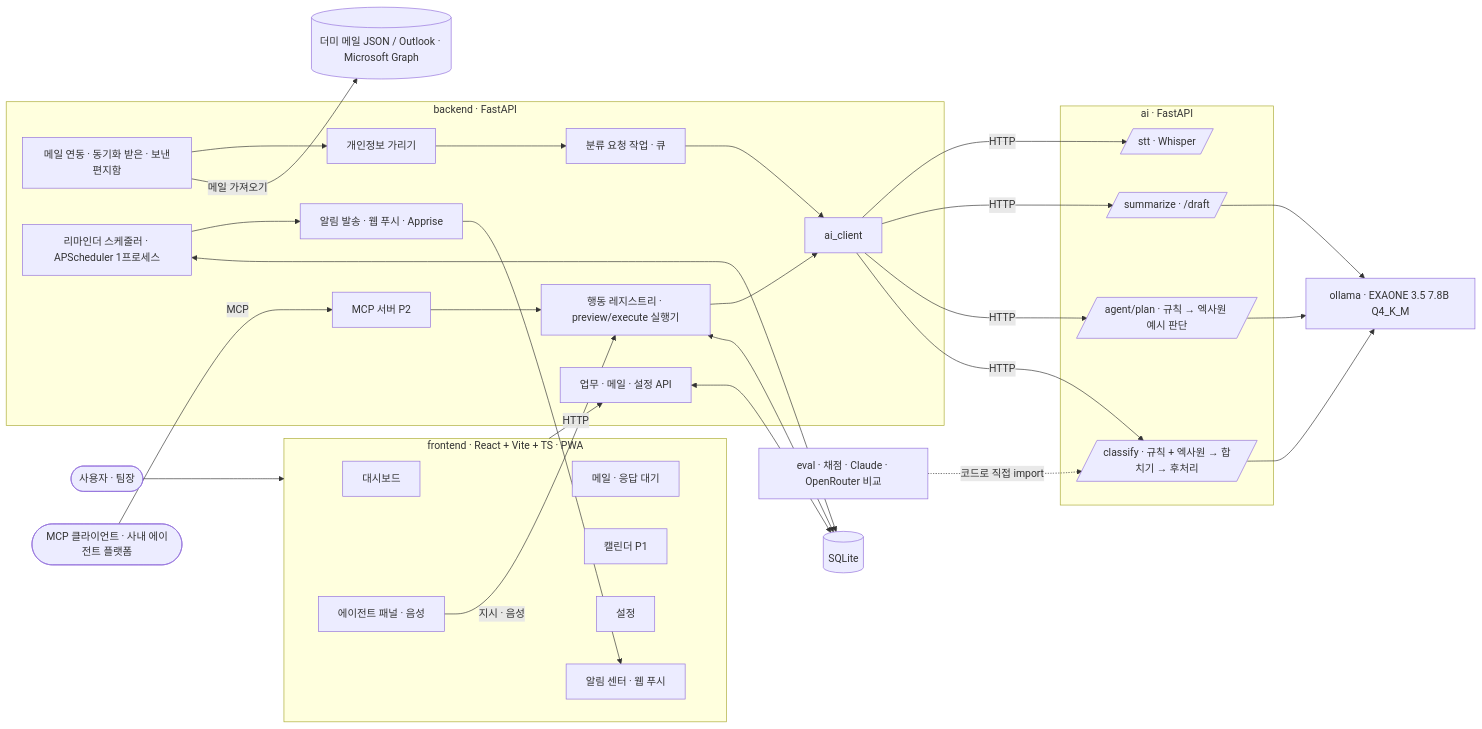
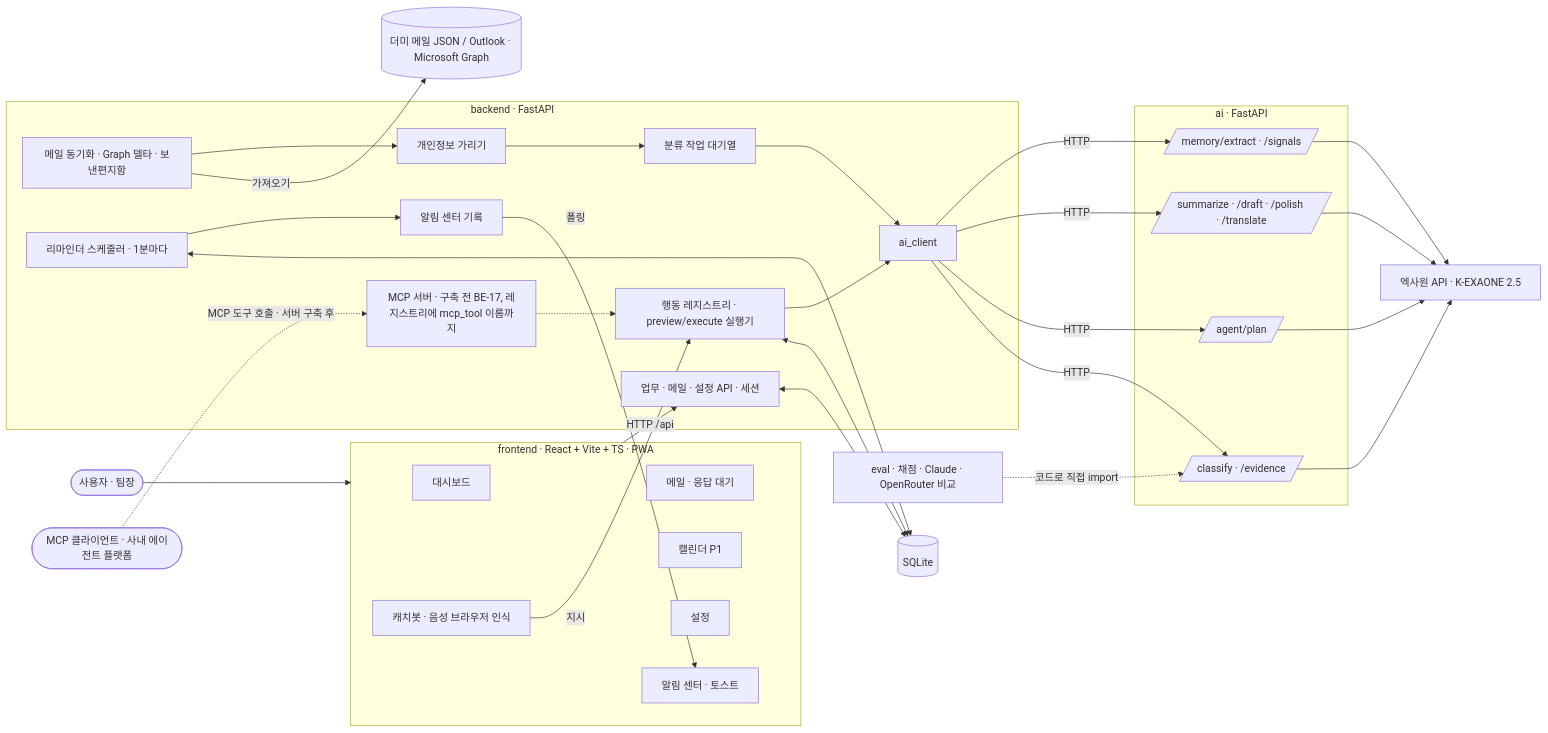
Before and after one commit to dlwodns/Teamproject_6: the first of 5 diagrams in docs/00_common/architecture.md, drawn with Mermaid. The commit also changed other lines of this file and 81 other files, not shown here.

First line of the commit message:
docs: #324 문서 · 구조도 · 주석 11-27 기준 최신화

````diff
--- a/docs/00_common/architecture.md
+++ b/docs/00_common/architecture.md
@@ -48,54 +65,55 @@
 ```mermaid
 flowchart LR
   U([사용자 · 팀장])
   MC([MCP 클라이언트 · 사내 에이전트 플랫폼])
   subgraph FE[frontend · React + Vite + TS · PWA]
     F1[대시보드]
     F2[메일 · 응답 대기]
     F3[캘린더 P1]
     F4[설정]
-    F5[에이전트 패널 · 음성]
-    F6[알림 센터 · 웹 푸시]
+    F5[캐치봇 · 음성 브라우저 인식]
+    F6[알림 센터 · 토스트]
   end
   subgraph BE[backend · FastAPI]
-    B1[업무 · 메일 · 설정 API]
-    B2[메일 연동 · 동기화 받은 · 보낸편지함]
+    B1[업무 · 메일 · 설정 API · 세션]
+    B2[메일 동기화 · Graph 델타 · 보낸편지함]
     B3[개인정보 가리기]
-    B4[분류 요청 작업 · 큐]
+    B4[분류 작업 대기열]
     B5[행동 레지스트리 · preview/execute 실행기]
-    B7[리마인더 스케줄러 · APScheduler 1프로세스]
-    B8[알림 발송 · 웹 푸시 · Apprise]
-    B9[MCP 서버 P2]
+    B7[리마인더 스케줄러 · 1분마다]
+    B8[알림 센터 기록]
+    B9[MCP 서버 · 구축 전 BE-17, 레지스트리에 mcp_tool 이름까지]
     B6[ai_client]
   end
   DB[(SQLite)]
   subgraph AI[ai · FastAPI]
-    A1[/classify · 규칙 + 엑사원 → 합치기 → 후처리/]
-    A2[/agent/plan · 규칙 → 엑사원 예시 판단/]
-    A4[/summarize · /draft/]
-    A3[/stt · Whisper/]
+    A1[/classify · /evidence/]
+    A2[/agent/plan/]
+    A4[/summarize · /draft · /polish · /translate/]
+    A5[/memory/extract · /signals/]
   end
-  OL[ollama · EXAONE 3.5 7.8B Q4_K_M]
+  OL[엑사원 API · K-EXAONE 2.5]
   MAIL[(더미 메일 JSON / Outlook · Microsoft Graph)]
   EVAL[eval · 채점 · Claude · OpenRouter 비교]
 
   U --> FE
-  FE -- HTTP --> B1
-  F5 -- 지시 · 음성 --> B5
-  MC -- MCP --> B9 --> B5
+  FE -- HTTP /api --> B1
+  F5 -- 지시 --> B5
+  MC -. MCP 도구 호출 · 서버 구축 후 .-> B9 -.-> B5
   B1 <--> DB
   B5 <--> DB
   B7 <--> DB
-  B7 --> B8 --> F6
-  B2 -- 메일 가져오기 --> MAIL
+  B7 --> B8 -- 폴링 --> F6
+  B2 -- 가져오기 --> MAIL
   B2 --> B3 --> B4 --> B6
   B5 --> B6
   B6 -- HTTP --> A1
   B6 -- HTTP --> A2
   B6 -- HTTP --> A4
-  B6 -- HTTP --> A3
+  B6 -- HTTP --> A5
   A1 --> OL
   A2 --> OL
   A4 --> OL
+  A5 --> OL
   EVAL -. 코드로 직접 import .-> A1
 ```
````
